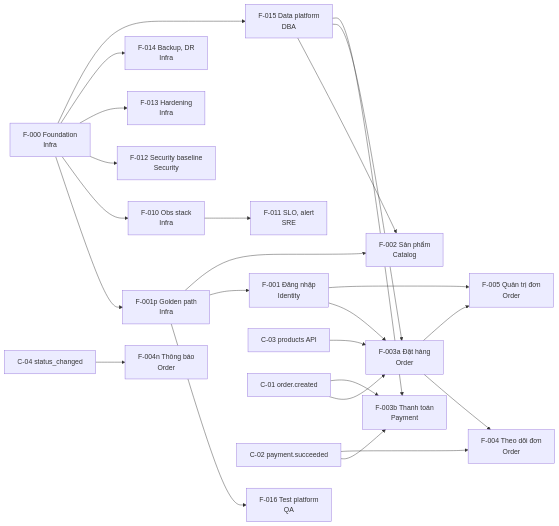
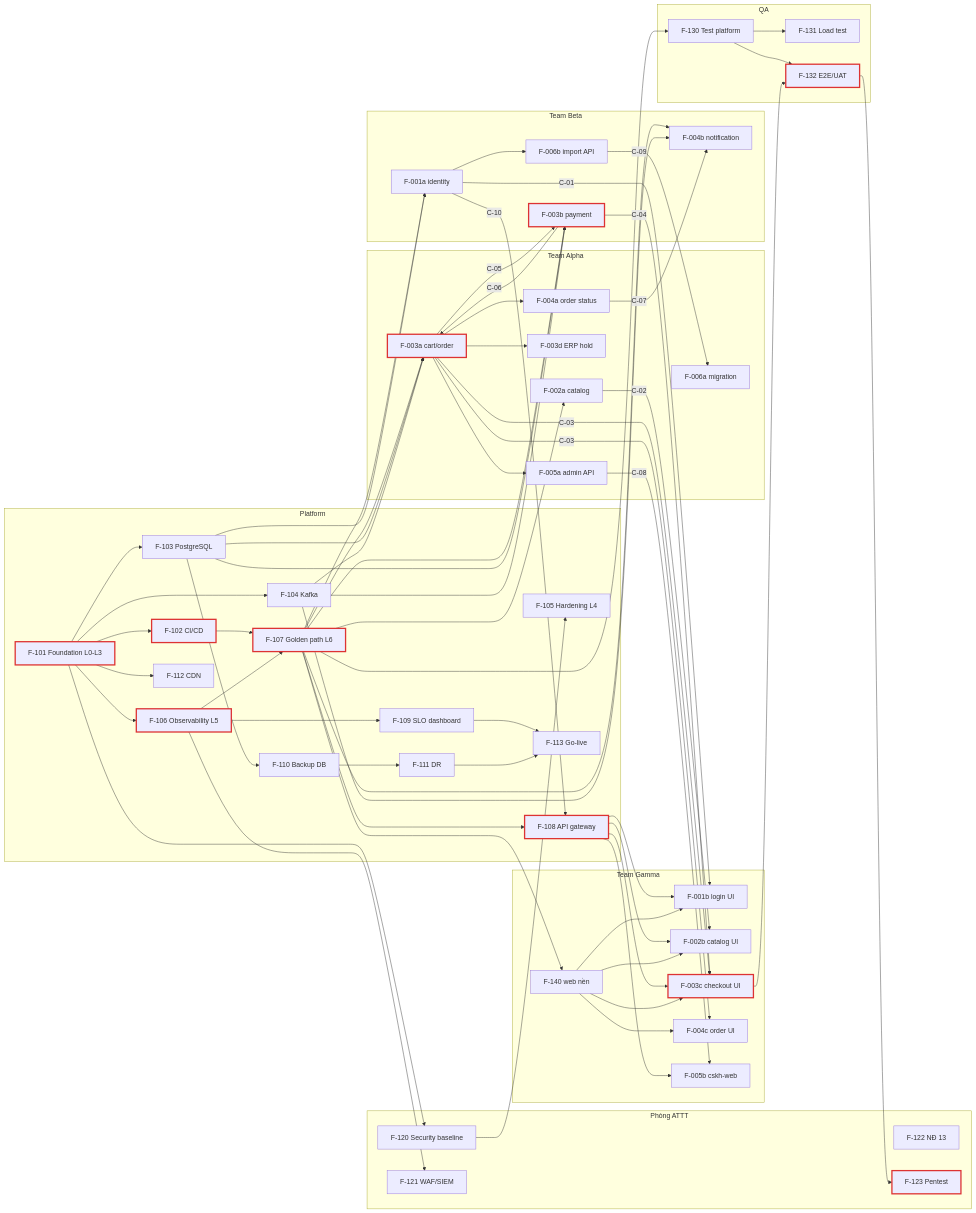
Before and after one commit to mrvntech/self-study: the diagram in speckit-docs-skeleton/examples/shopnow-breakdown.example.md, drawn with Mermaid. The commit also changed other lines of this file and 22 other files, not shown here.

````diff
--- a/speckit-docs-skeleton/examples/shopnow-breakdown.example.md
+++ b/speckit-docs-skeleton/examples/shopnow-breakdown.example.md
@@ -103,25 +205,79 @@
 ```mermaid
 flowchart LR
-    F000[F-000 Foundation<br/>Infra] --> F001p[F-001p Golden path<br/>Infra]
-    F000 --> F010[F-010 Obs stack<br/>Infra] --> F011[F-011 SLO, alert<br/>SRE]
-    F000 --> F012[F-012 Security baseline<br/>Security]
-    F000 --> F013[F-013 Hardening<br/>Infra]
-    F000 --> F014[F-014 Backup, DR<br/>Infra]
-    F000 --> F015[F-015 Data platform<br/>DBA]
-    F001p --> F016[F-016 Test platform<br/>QA]
-    F001p --> F001[F-001 Đăng nhập<br/>Identity]
-    F001p --> F002[F-002 Sản phẩm<br/>Catalog]
-    F015 --> F002
-    F001 --> F003a[F-003a Đặt hàng<br/>Order]
-    F015 --> F003a
-    C03[C-03 products API] --> F003a
-    C01[C-01 order.created] --> F003a
-    C01 --> F003b[F-003b Thanh toán<br/>Payment]
-    C02[C-02 payment.succeeded] --> F003b
-    F015 --> F003b
-    F003a --> F004[F-004 Theo dõi đơn<br/>Order]
-    C02 --> F004
-    C04[C-04 status_changed] --> F004n[F-004n Thông báo<br/>Order]
-    F003a --> F005[F-005 Quản trị đơn<br/>Order]
-    F001 --> F005
+    subgraph Platform
+      F101[F-101 Foundation L0-L3]:::crit
+      F102[F-102 CI/CD]:::crit
+      F103[F-103 PostgreSQL]
+      F104[F-104 Kafka]
+      F105[F-105 Hardening L4]
+      F106[F-106 Observability L5]:::crit
+      F107[F-107 Golden path L6]:::crit
+      F108[F-108 API gateway]:::crit
+      F109[F-109 SLO dashboard]
+      F110[F-110 Backup DB]
+      F111[F-111 DR]
+      F112[F-112 CDN]
+      F113[F-113 Go-live]
+    end
+    subgraph ATTT[Phòng ATTT]
+      F120[F-120 Security baseline]
+      F121[F-121 WAF/SIEM]
+      F122[F-122 NĐ 13]
+      F123[F-123 Pentest]:::crit
+    end
+    subgraph QA
+      F130[F-130 Test platform]
+      F131[F-131 Load test]
+      F132[F-132 E2E/UAT]:::crit
+    end
+    subgraph Alpha[Team Alpha]
+      F002a[F-002a catalog]
+      F003a[F-003a cart/order]:::crit
+      F003d[F-003d ERP hold]
+      F004a[F-004a order status]
+      F005a[F-005a admin API]
+      F006a[F-006a migration]
+    end
+    subgraph Beta[Team Beta]
+      F001a[F-001a identity]
+      F003b[F-003b payment]:::crit
+      F004b[F-004b notification]
+      F006b[F-006b import API]
+    end
+    subgraph Gamma[Team Gamma]
+      F140[F-140 web nền]
+      F001b[F-001b login UI]
+      F002b[F-002b catalog UI]
+      F003c[F-003c checkout UI]:::crit
+      F004c[F-004c order UI]
+      F005b[F-005b cskh-web]
+    end
+
+    F101 --> F102 --> F107
+    F101 --> F103 & F104 & F106 & F112 & F120
+    F106 --> F107
+    F107 --> F108
+    F120 --> F105
+    F106 --> F109 & F121
+    F103 --> F110 --> F111
+    F107 --> F002a & F003a & F001a & F003b & F004b & F140 & F130
+    F103 --> F003a & F003b & F001a
+    F104 --> F003a & F003b & F004b
+    F001a -- C-10 --> F108
+    F108 --> F001b & F002b & F003c & F005b
+    F140 --> F001b & F002b & F003c & F004c
+    F001a -- C-01 --> F001b
+    F002a -- C-02 --> F002b
+    F003a -- C-03 --> F003c & F004c
+    F003b -- C-04 --> F003c
+    F003a -- C-05 --> F003b
+    F003b -- C-06 --> F003a
+    F003a --> F003d & F004a & F005a
+    F004a -- C-07 --> F004b
+    F005a -- C-08 --> F005b
+    F001a --> F006b -- C-09 --> F006a
+    F130 --> F131 & F132
+    F003c --> F132 --> F123
+    F109 & F111 --> F113
+    classDef crit stroke:#d33,stroke-width:3px
 ```
````
